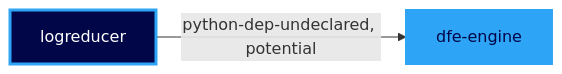
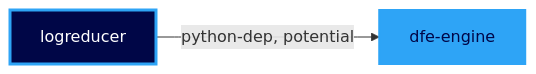
Before and after one commit to hyperi-io/dfe-infra: the seventh of 18 diagrams in docs/suite-graph.md, drawn with Mermaid. The commit also changed other lines of this file and 4 other files, not shown here.

First line of the commit message:
fix: declare the logreducer edge to dfe-engine (#725)

````diff
--- a/docs/suite-graph.md
+++ b/docs/suite-graph.md
@@ -274,8 +272,8 @@
 ```mermaid
 flowchart LR
   logreducer["logreducer"]:::producer
   dfe_engine["dfe-engine"]:::suite
-  logreducer -->|python-dep-undeclared, potential| dfe_engine
+  logreducer -->|python-dep, potential| dfe_engine
   classDef suite fill:#2EA4F6,stroke:#2EA4F6,stroke-width:2px,color:#000647
   classDef producer fill:#000647,stroke:#2EA4F6,stroke-width:3px,color:#FFFFFF
 ```
````
